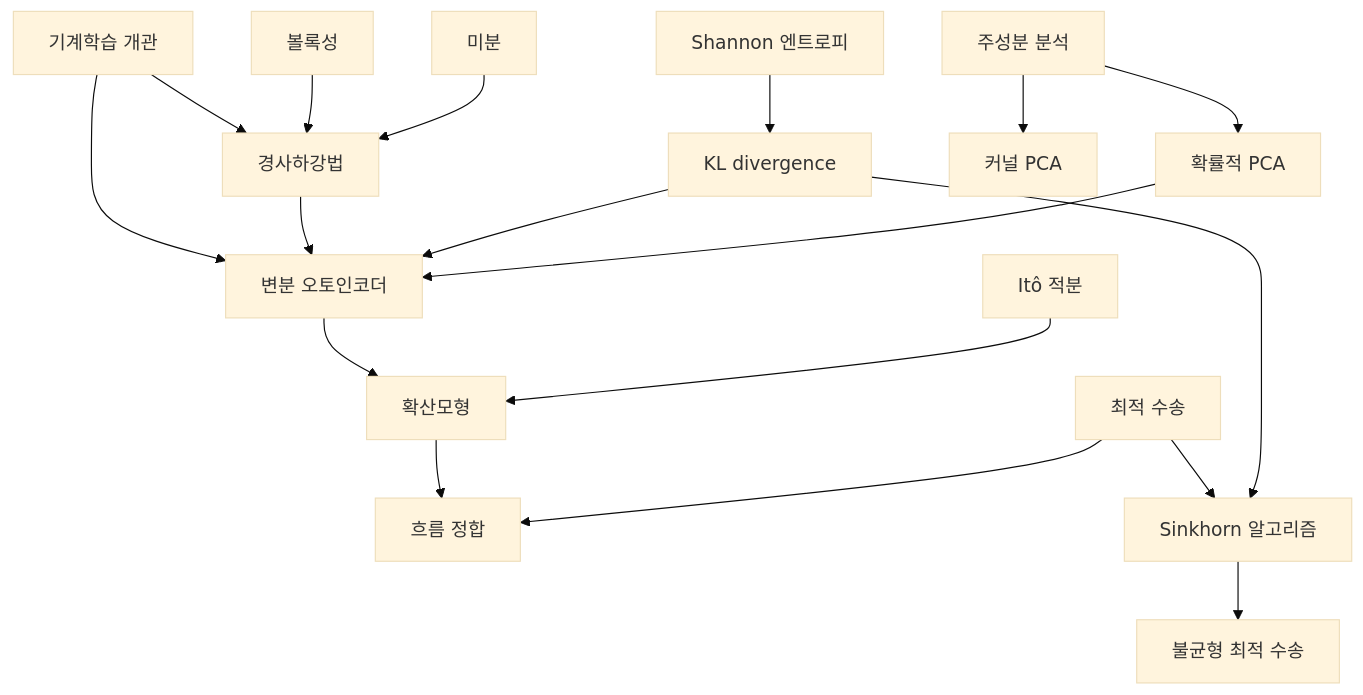
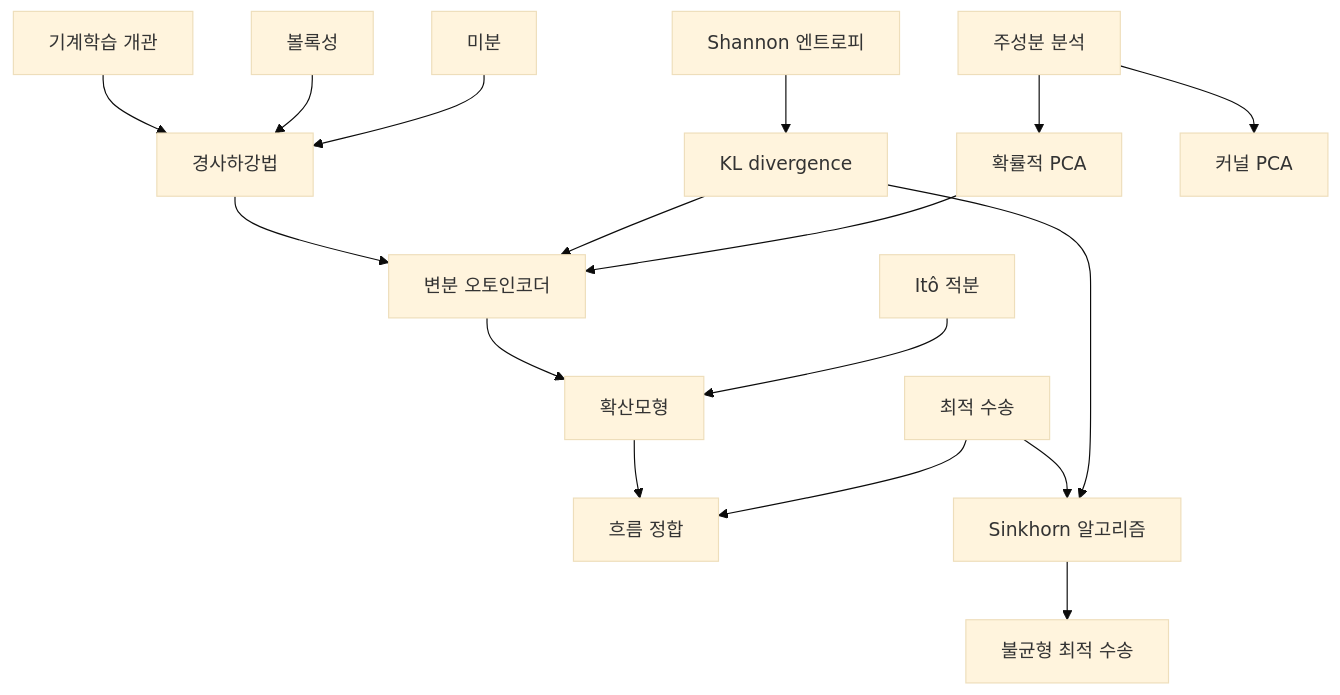
One commit to Phryxia/math-map changed the diagram in docs/machine-learning-overview.md. Above: the diagram before and after it, drawn with Mermaid (base theme). The commit also changed 2 other files, not shown here.

Commit message:
drop three more map arrows that are not real edges
category-theory-overview 의 "함수 -> 범주", computation-overview 의
"증명 -> 계산 가능성", machine-learning-overview 의 "기계학습 개관 ->
변분 오토인코더" 를 지웠다. 세 자식 다 실제 부모에서 오는 화살표를
이미 받고 있다. 지운 줄에 있던 라벨 정의는 남은 화살표로 옮겼다.
개관 21 개의 화살표 387 개가 이제 모두 실제 간선이다.

Claude-Session: https://claude.ai/code/session_01E5JsbtKZotuEps2UNJbFaD

````diff
--- a/docs/machine-learning-overview.md
+++ b/docs/machine-learning-overview.md
@@ -15,20 +15,19 @@
 ```mermaid
 graph TD
   MLO["기계학습 개관"] --> GD["경사하강법"]
-  MLO --> VAE["변분 오토인코더"]
   CVX["볼록성"] --> GD
   DER["미분"] --> GD
-  GD --> VAE
+  GD --> VAE["변분 오토인코더"]
   ENT["Shannon 엔트로피"] --> KL["KL divergence"]
   KL --> VAE
   PCA["주성분 분석"] --> PPCA["확률적 PCA"]
   PCA --> KPCA["커널 PCA"]
   PPCA --> VAE
   VAE --> DM["확산모형"]
   ITO["Itô 적분"] --> DM
   DM --> FM["흐름 정합"]
   OT["최적 수송"] --> FM
   OT --> SINK["Sinkhorn 알고리즘"]
   KL --> SINK
   SINK --> UOT["불균형 최적 수송"]
 ```
````
